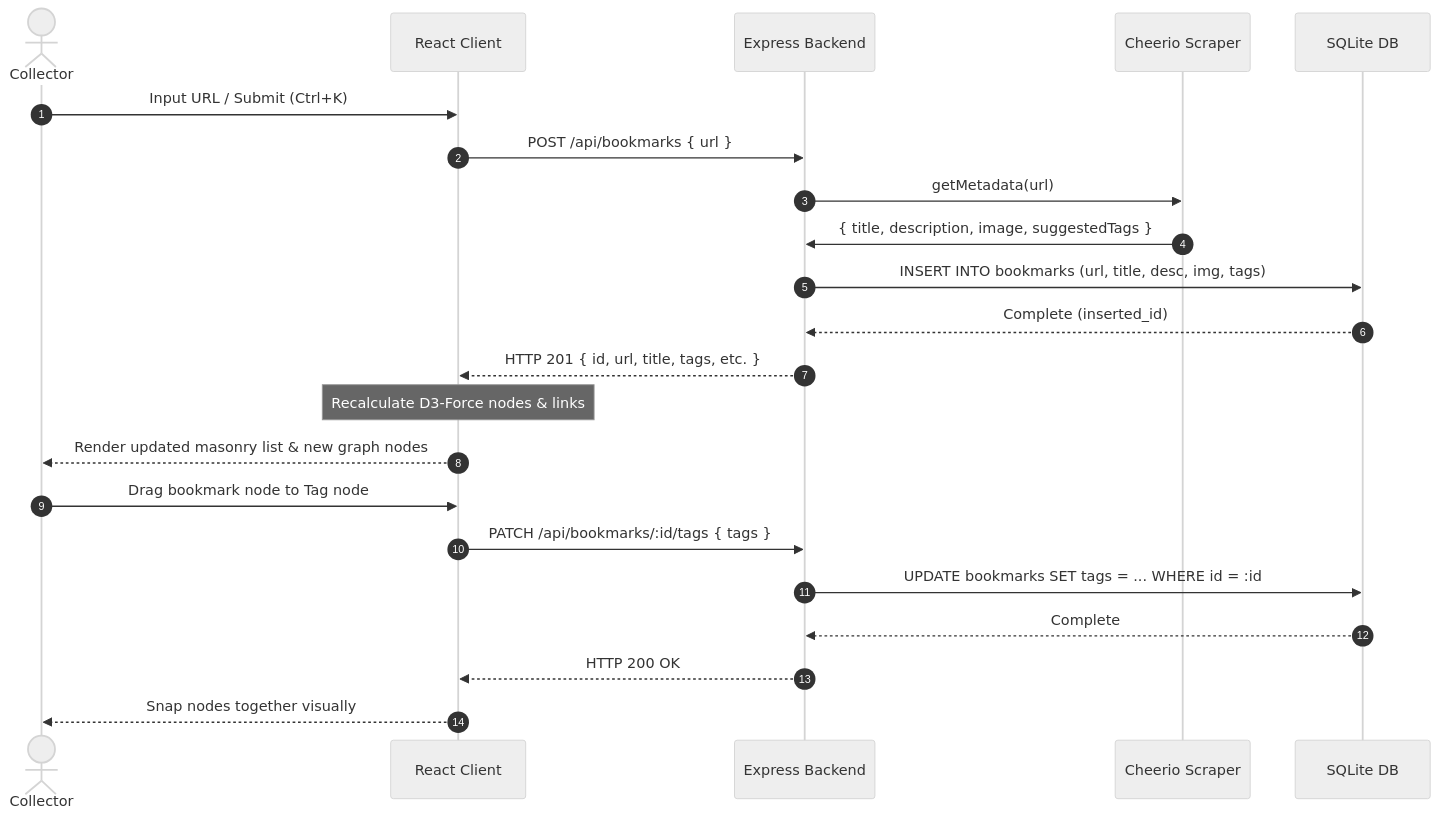
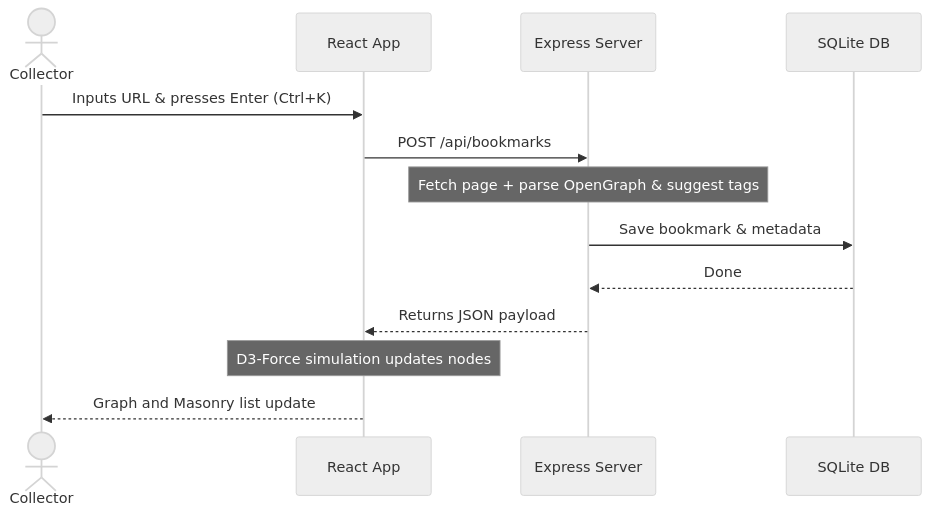
The second of 2 diagrams in README.md (chaivala-dot/Cosmos-Mind), drawn with Mermaid (neutral theme) before and after one commit. The commit also changed other lines of this file, not shown here.

````diff
--- a/README.md
+++ b/README.md
@@ -61,25 +64,16 @@
 ```mermaid
 sequenceDiagram
-    autonumber
-    actor User as Collector
-    participant FE as React Client
-    participant BE as Express Backend
-    participant SCR as Cheerio Scraper
+    actor Collector
+    participant Client as React App
+    participant Server as Express Server
     participant DB as SQLite DB
 
-    User->>FE: Input URL / Submit (Ctrl+K)
-    FE->>BE: POST /api/bookmarks { url }
-    BE->>SCR: getMetadata(url)
-    SCR->>BE: { title, description, image, suggestedTags }
-    BE->>DB: INSERT INTO bookmarks (url, title, desc, img, tags)
-    DB-->>BE: Complete (inserted_id)
-    BE-->>FE: HTTP 201 { id, url, title, tags, etc. }
-    Note over FE: Recalculate D3-Force nodes & links
-    FE-->>User: Render updated masonry list & new graph nodes
-    User->>FE: Drag bookmark node to Tag node
-    FE->>BE: PATCH /api/bookmarks/:id/tags { tags }
-    BE->>DB: UPDATE bookmarks SET tags = ... WHERE id = :id
-    DB-->>BE: Complete
-    BE-->>FE: HTTP 200 OK
-    FE-->>User: Snap nodes together visually
+    Collector->>Client: Inputs URL & presses Enter (Ctrl+K)
+    Client->>Server: POST /api/bookmarks
+    Note over Server: Fetch page + parse OpenGraph & suggest tags
+    Server->>DB: Save bookmark & metadata
+    DB-->>Server: Done
+    Server-->>Client: Returns JSON payload
+    Note over Client: D3-Force simulation updates nodes
+    Client-->>Collector: Graph and Masonry list update
 ```
````
